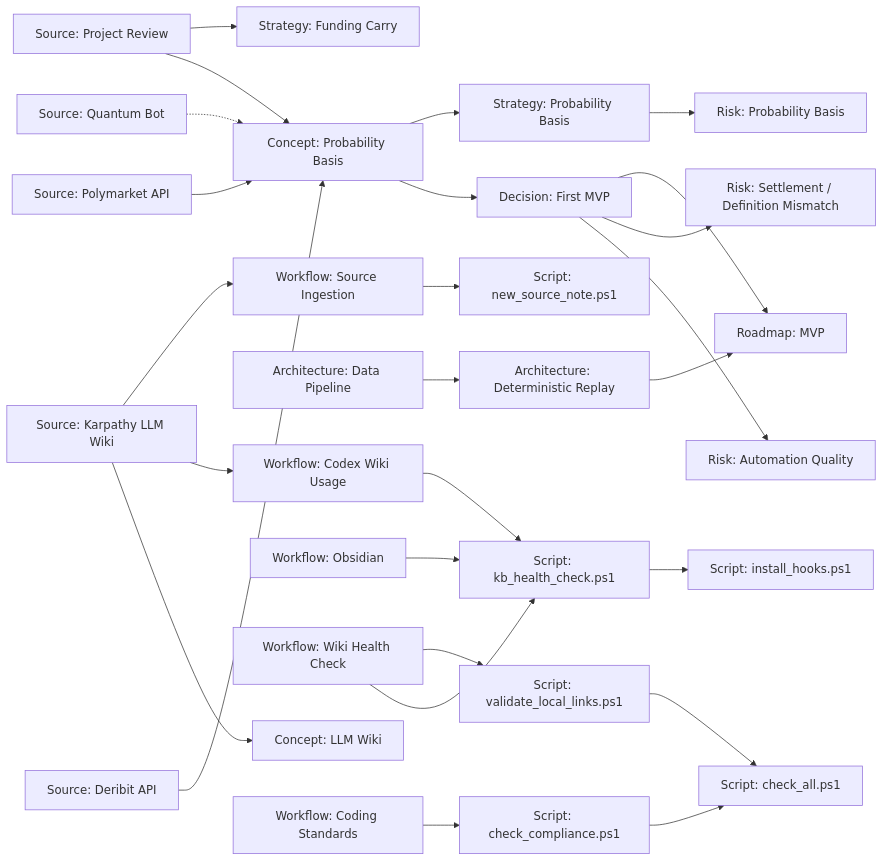
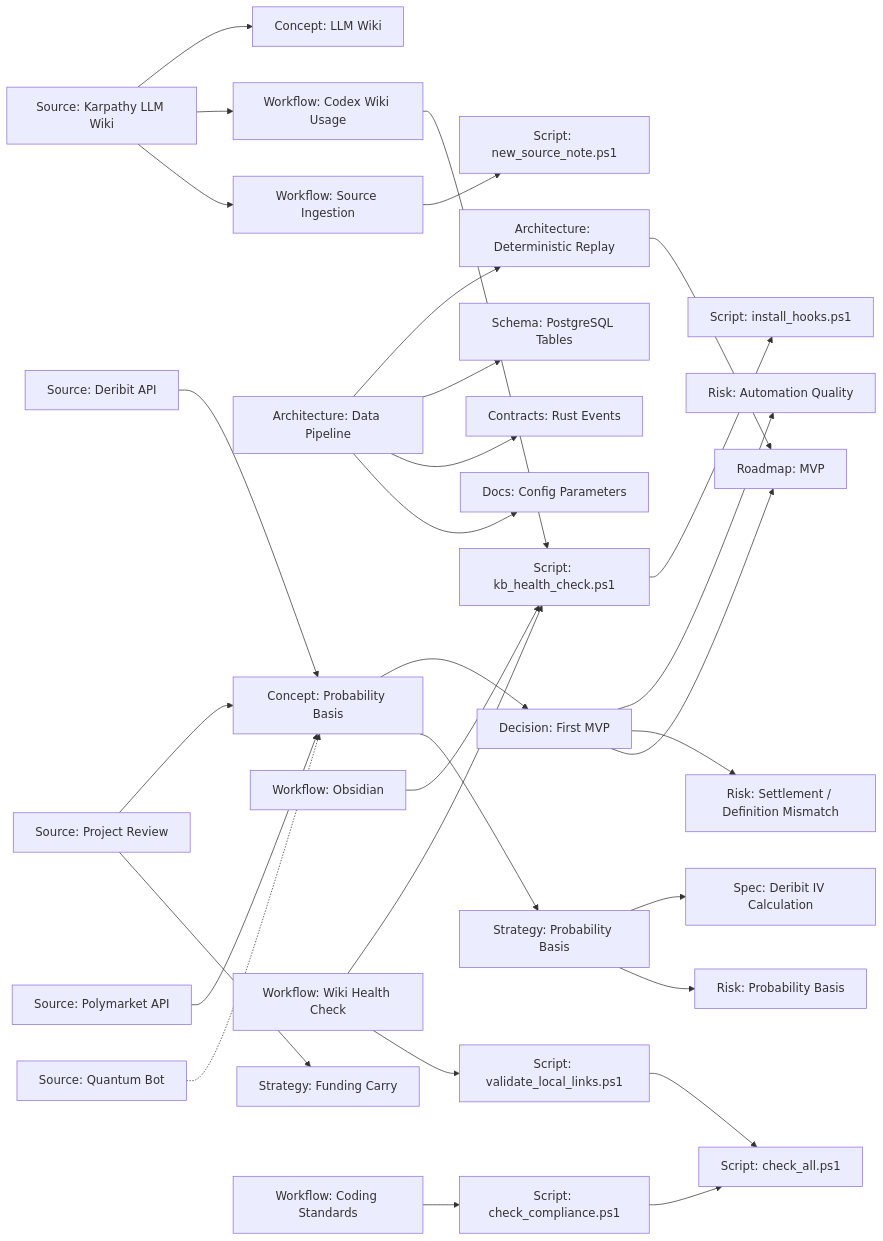
One commit to Cryptotehnolog/CRYPTOTEHNOLOG changed the diagram in knowledge/graph.md. Above: the diagram before and after it, drawn with Mermaid. The commit also changed 6 other files, not shown here.

````diff
--- a/knowledge/graph.md
+++ b/knowledge/graph.md
@@ -24,63 +24,71 @@
 ```mermaid
 flowchart LR
     karpathy["Source: Karpathy LLM Wiki"]
     review["Source: Project Review"]
     deribit["Source: Deribit API"]
     polymarket["Source: Polymarket API"]
     quantum["Source: Quantum Bot"]
 
     llmWiki["Concept: LLM Wiki"]
     probabilityBasis["Concept: Probability Basis"]
 
     firstMvp["Decision: First MVP"]
     probabilityStrategy["Strategy: Probability Basis"]
     fundingStrategy["Strategy: Funding Carry"]
+    ivSpec["Spec: Deribit IV Calculation"]
 
     automationRisk["Risk: Automation Quality"]
     settlementRisk["Risk: Settlement / Definition Mismatch"]
     probabilityRisk["Risk: Probability Basis"]
 
     dataPipeline["Architecture: Data Pipeline"]
     replay["Architecture: Deterministic Replay"]
+    postgresSchema["Schema: PostgreSQL Tables"]
+    rustContracts["Contracts: Rust Events"]
+    configDocs["Docs: Config Parameters"]
     roadmap["Roadmap: MVP"]
 
     codexWorkflow["Workflow: Codex Wiki Usage"]
     obsidianWorkflow["Workflow: Obsidian"]
     healthWorkflow["Workflow: Wiki Health Check"]
     ingestWorkflow["Workflow: Source Ingestion"]
     codingStandards["Workflow: Coding Standards"]
 
     kbCheck["Script: kb_health_check.ps1"]
     linkCheck["Script: validate_local_links.ps1"]
     checkAll["Script: check_all.ps1"]
     sourceNote["Script: new_source_note.ps1"]
     hooks["Script: install_hooks.ps1"]
     compliance["Script: check_compliance.ps1"]
 
     karpathy --> llmWiki
     karpathy --> codexWorkflow
     karpathy --> ingestWorkflow
     deribit --> probabilityBasis
     polymarket --> probabilityBasis
     quantum -.-> probabilityBasis
     review --> probabilityBasis
     review --> fundingStrategy
     probabilityBasis --> firstMvp
     probabilityBasis --> probabilityStrategy
+    probabilityStrategy --> ivSpec
     probabilityStrategy --> probabilityRisk
     firstMvp --> automationRisk
     firstMvp --> settlementRisk
     firstMvp --> roadmap
     dataPipeline --> replay
+    dataPipeline --> postgresSchema
+    dataPipeline --> rustContracts
+    dataPipeline --> configDocs
     replay --> roadmap
 
     codexWorkflow --> kbCheck
     obsidianWorkflow --> kbCheck
     healthWorkflow --> kbCheck
     healthWorkflow --> linkCheck
     ingestWorkflow --> sourceNote
     codingStandards --> compliance
     kbCheck --> hooks
     linkCheck --> checkAll
     compliance --> checkAll
 ```
````
